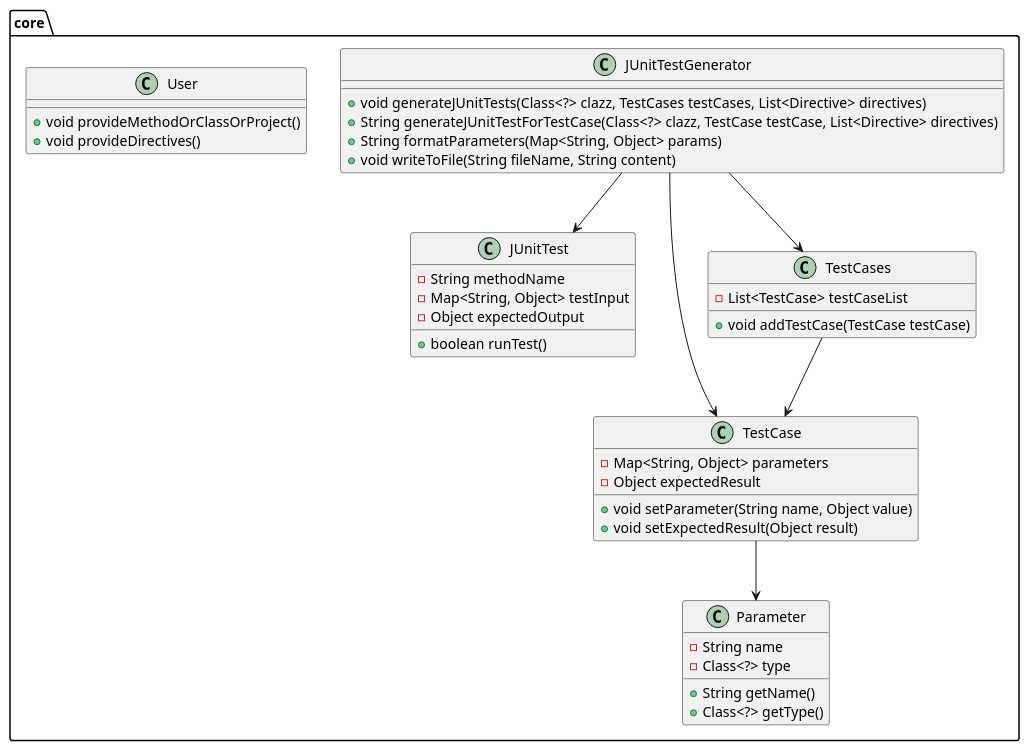
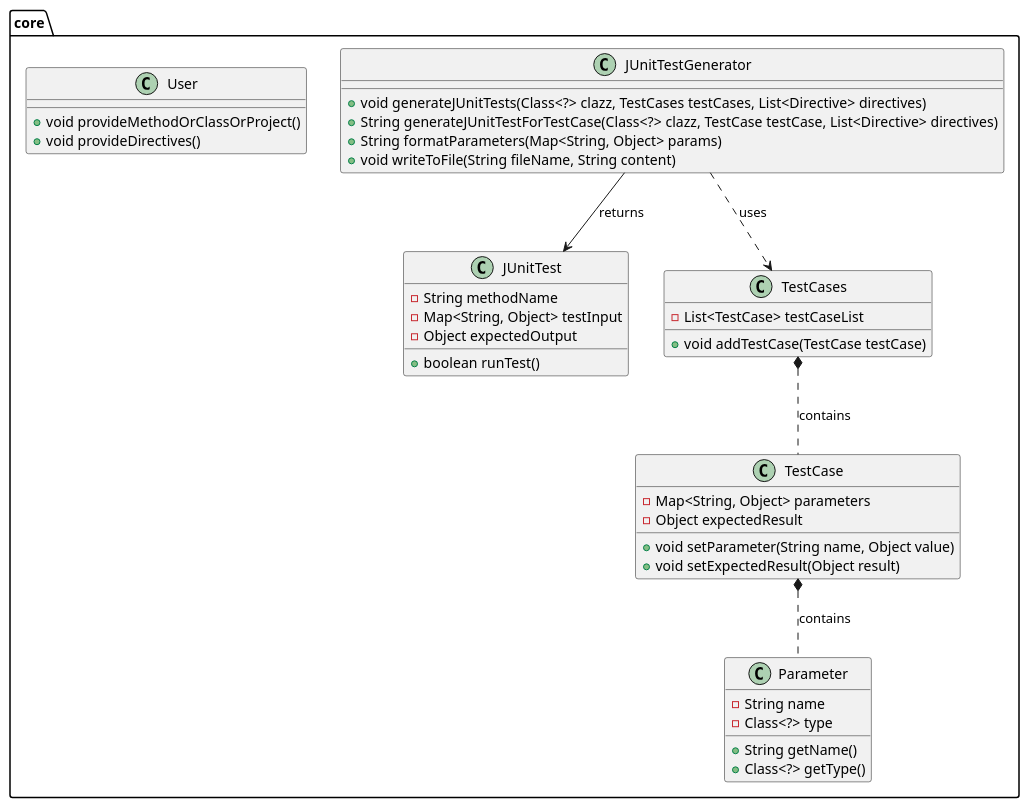
The diagram in UML/core.puml (kzioudas/CodePilotUnitTest), drawn with PlantUML before and after one commit.

Commit message:
[early_V1] uml changes

```diff
--- a/UML/core.puml
+++ b/UML/core.puml
@@ -1,53 +1,52 @@
 @startuml
 
 package core {
     class JUnitTest {
         -String methodName
         -Map<String, Object> testInput
         -Object expectedOutput
 
         +boolean runTest()
     }
 
     class JUnitTestGenerator {
         +void generateJUnitTests(Class<?> clazz, TestCases testCases, List<Directive> directives)
         +String generateJUnitTestForTestCase(Class<?> clazz, TestCase testCase, List<Directive> directives)
         +String formatParameters(Map<String, Object> params)
         +void writeToFile(String fileName, String content)
     }
 
     class Parameter {
         -String name
         -Class<?> type
 
         +String getName()
         +Class<?> getType()
     }
 
     class TestCase {
         -Map<String, Object> parameters
         -Object expectedResult
 
         +void setParameter(String name, Object value)
         +void setExpectedResult(Object result)
     }
 
     class TestCases {
         -List<TestCase> testCaseList
 
         +void addTestCase(TestCase testCase)
     }
 
     class User {
         +void provideMethodOrClassOrProject()
         +void provideDirectives()
     }
 
-    JUnitTestGenerator --> JUnitTest
-    JUnitTestGenerator --> TestCase
-    JUnitTestGenerator --> TestCases
-    TestCase --> Parameter
-    TestCases --> TestCase
+    JUnitTestGenerator --> JUnitTest : returns
+    JUnitTestGenerator ..> TestCases : uses
+    TestCase *.. Parameter :contains
+    TestCases *.. TestCase :contains
 }
 
 @enduml
```
